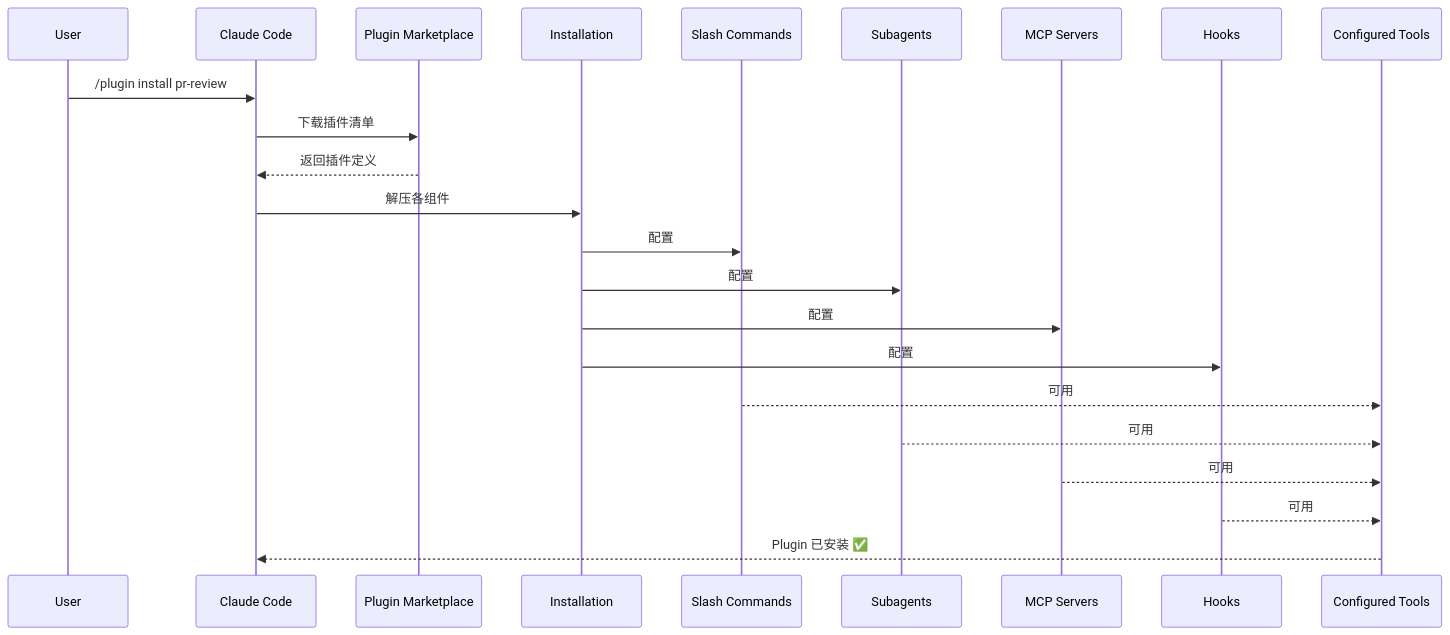
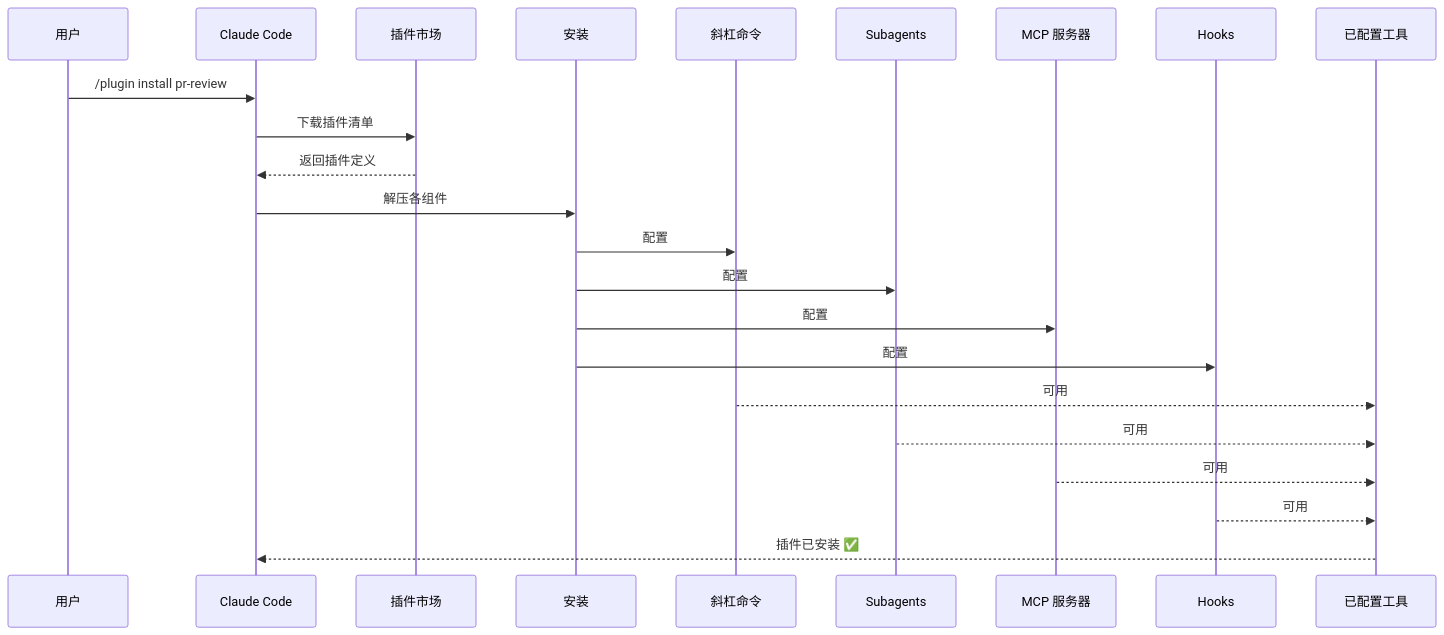
The second of 5 diagrams in 07-plugins/README.md (wgqi1126/claude-howto-zh-cn), drawn with Mermaid before and after one commit. The commit also changed other lines of this file and 58 other files, not shown here.

````diff
--- a/07-plugins/README.md
+++ b/07-plugins/README.md
@@ -38,26 +38,26 @@
 ```mermaid
 sequenceDiagram
-    participant User
+    participant User as 用户
     participant Claude as Claude Code
-    participant Plugin as Plugin Marketplace
-    participant Install as Installation
-    participant SlashCmds as Slash Commands
+    participant Plugin as 插件市场
+    participant Install as 安装
+    participant SlashCmds as 斜杠命令
     participant Subagents
-    participant MCPServers as MCP Servers
+    participant MCPServers as MCP 服务器
     participant Hooks
-    participant Tools as Configured Tools
+    participant Tools as 已配置工具
 
     User->>Claude: /plugin install pr-review
     Claude->>Plugin: 下载插件清单
     Plugin-->>Claude: 返回插件定义
     Claude->>Install: 解压各组件
     Install->>SlashCmds: 配置
     Install->>Subagents: 配置
     Install->>MCPServers: 配置
     Install->>Hooks: 配置
     SlashCmds-->>Tools: 可用
     Subagents-->>Tools: 可用
     MCPServers-->>Tools: 可用
     Hooks-->>Tools: 可用
-    Tools-->>Claude: Plugin 已安装 ✅
+    Tools-->>Claude: 插件已安装 ✅
 ```
````
